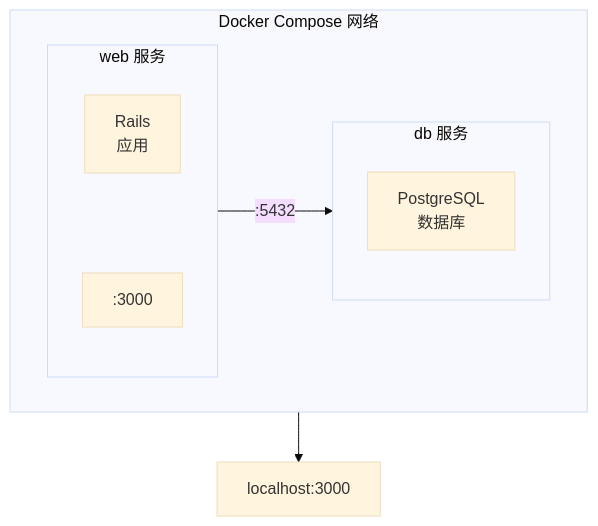
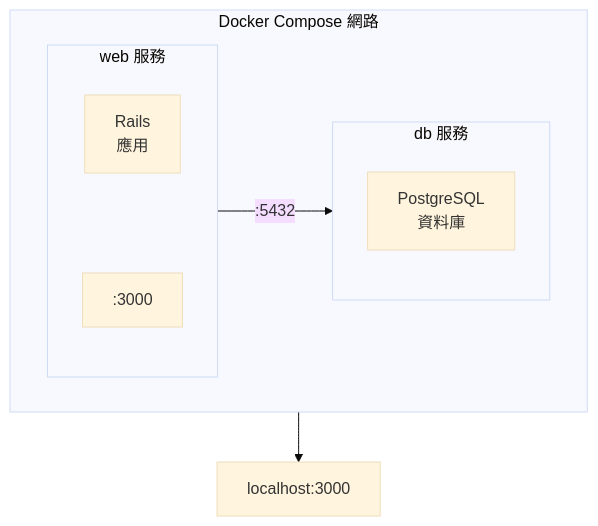
Before and after one commit to alexkuoecity/docker-practice-master-zh-tw: the diagram in 11_compose/11.7_rails.md, drawn with Mermaid (base theme). The commit also changed other lines of this file and 200 other files, not shown here.

````diff
--- a/11_compose/11.7_rails.md
+++ b/11_compose/11.7_rails.md
@@ -16,22 +16,22 @@
 ```mermaid
 flowchart TD
-    subgraph Network ["Docker Compose 网络"]
+    subgraph Network ["Docker Compose 網路"]
         direction LR
-        subgraph Web ["web 服务"]
+        subgraph Web ["web 服務"]
             direction TB
-            Rails["Rails<br/>应用"]
+            Rails["Rails<br/>應用"]
             Port3000[":3000"]
             Rails ~~~ Port3000
         end
 
-        subgraph DB ["db 服务"]
+        subgraph DB ["db 服務"]
             direction TB
-            Postgres["PostgreSQL<br/>数据库"]
+            Postgres["PostgreSQL<br/>資料庫"]
         end
 
         Rails -- ":5432" --> Postgres
     end
 
     Browser["localhost:3000"]
     Port3000 --> Browser
 ```
````
